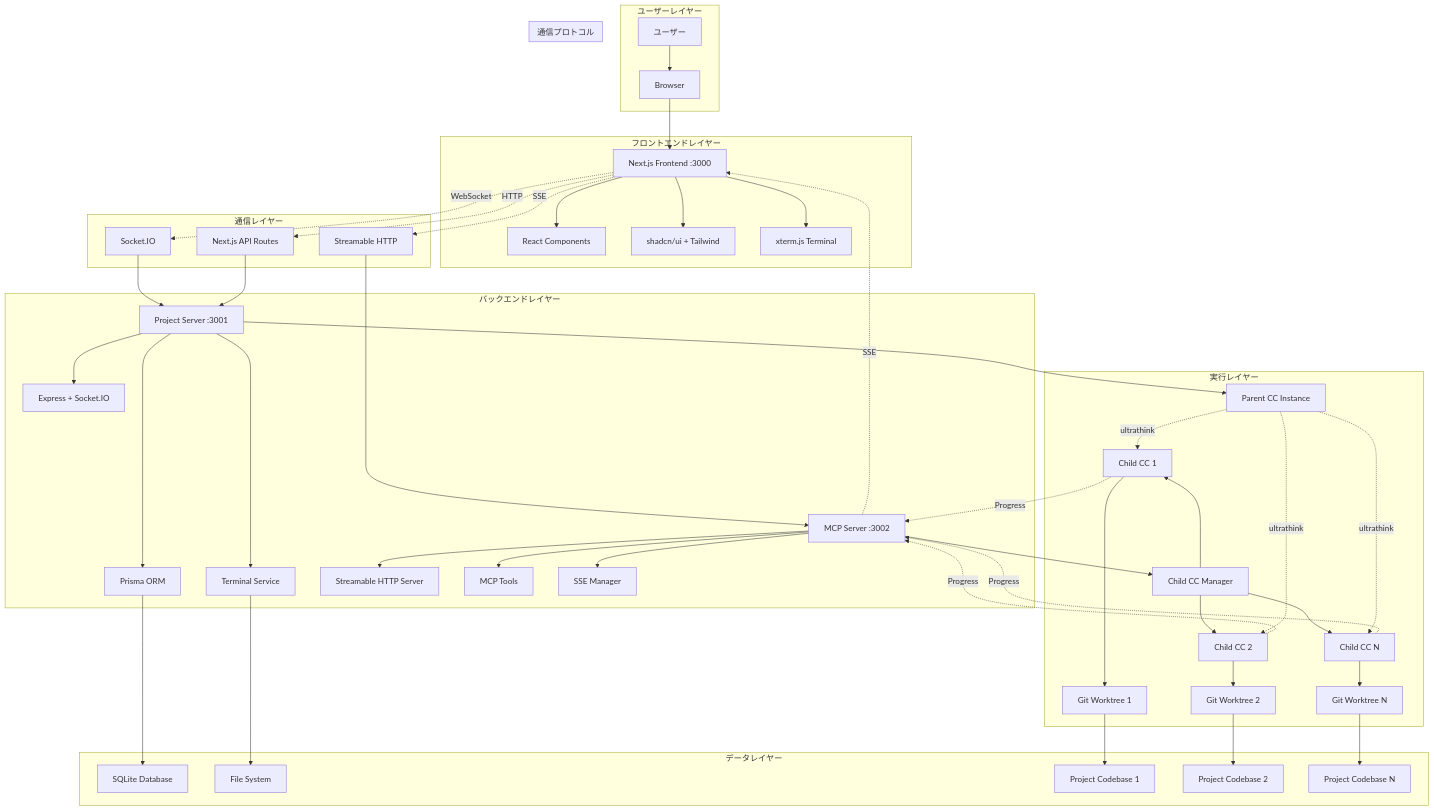
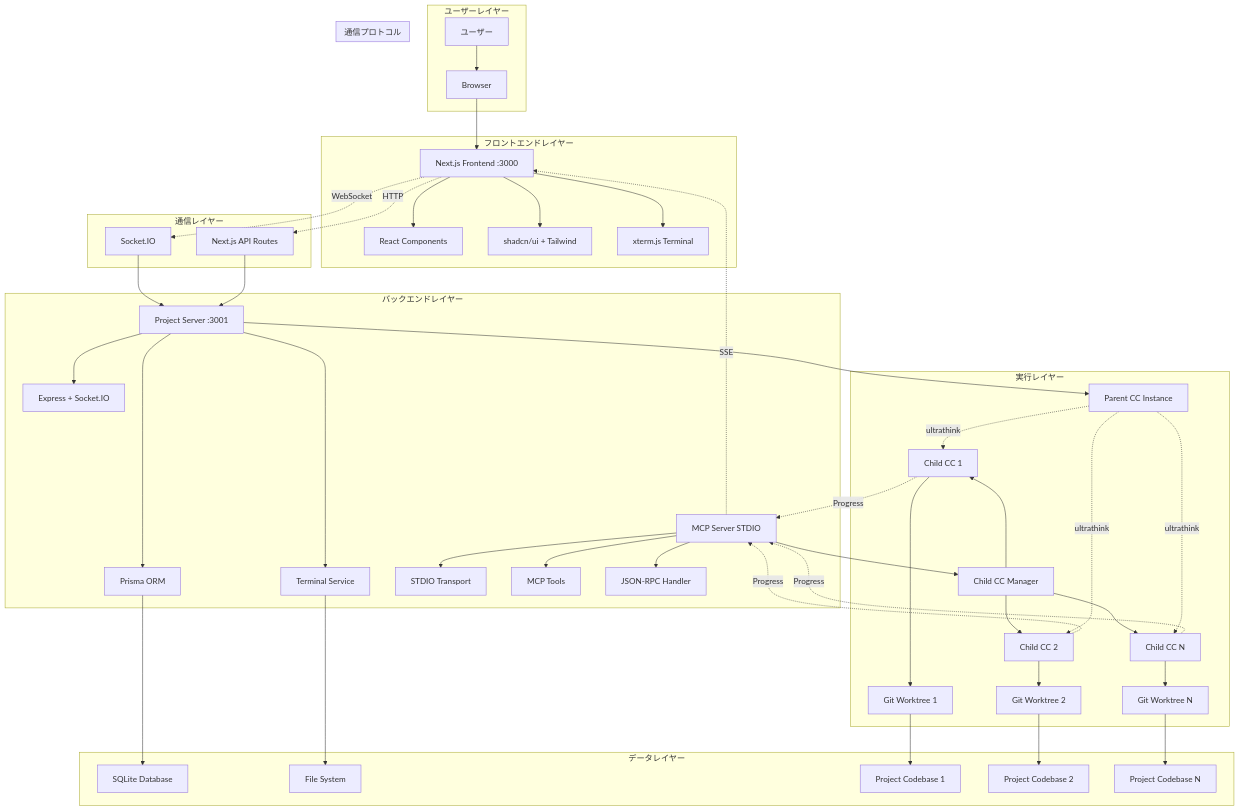
The first of 3 diagrams in docs/architecture.md (pon0204/cc-parallel-executor), drawn with Mermaid before and after one commit. The commit also changed other lines of this file and 16 other files, not shown here.

````diff
--- a/docs/architecture.md
+++ b/docs/architecture.md
@@ -17,63 +17,61 @@
 ```mermaid
 graph TD
     subgraph "ユーザーレイヤー"
         A[ユーザー] --> B[Browser]
     end
     
     subgraph "フロントエンドレイヤー"
         B --> C[Next.js Frontend :3000]
         C --> D[React Components]
         C --> E[shadcn/ui + Tailwind]
         C --> F[xterm.js Terminal]
     end
     
     subgraph "通信レイヤー"
         C -.->|WebSocket| G[Socket.IO]
         C -.->|HTTP| H[Next.js API Routes]
-        C -.->|SSE| I[Streamable HTTP]
     end
     
     subgraph "バックエンドレイヤー"
         G --> J[Project Server :3001]
         H --> J
-        I --> K[MCP Server :3002]
         
         J --> L[Express + Socket.IO]
         J --> M[Prisma ORM]
         J --> N[Terminal Service]
         
-        K --> O[Streamable HTTP Server]
+        K[MCP Server STDIO] --> O[STDIO Transport]
         K --> P[MCP Tools]
-        K --> Q[SSE Manager]
+        K --> Q[JSON-RPC Handler]
     end
     
     subgraph "実行レイヤー"
         J --> R[Parent CC Instance]
         K --> S[Child CC Manager]
         S --> T[Child CC 1]
         S --> U[Child CC 2]
         S --> V[Child CC N]
         
         T --> W[Git Worktree 1]
         U --> X[Git Worktree 2]
         V --> Y[Git Worktree N]
     end
     
     subgraph "データレイヤー"
         M --> Z[SQLite Database]
         N --> AA[File System]
         W --> BB[Project Codebase 1]
         X --> CC[Project Codebase 2]
         Y --> DD[Project Codebase N]
     end
     
     subgraph "通信プロトコル"
         R -.->|ultrathink| T
         R -.->|ultrathink| U
         R -.->|ultrathink| V
         T -.->|Progress| K
         U -.->|Progress| K
         V -.->|Progress| K
         K -.->|SSE| C
     end
 ```
````
